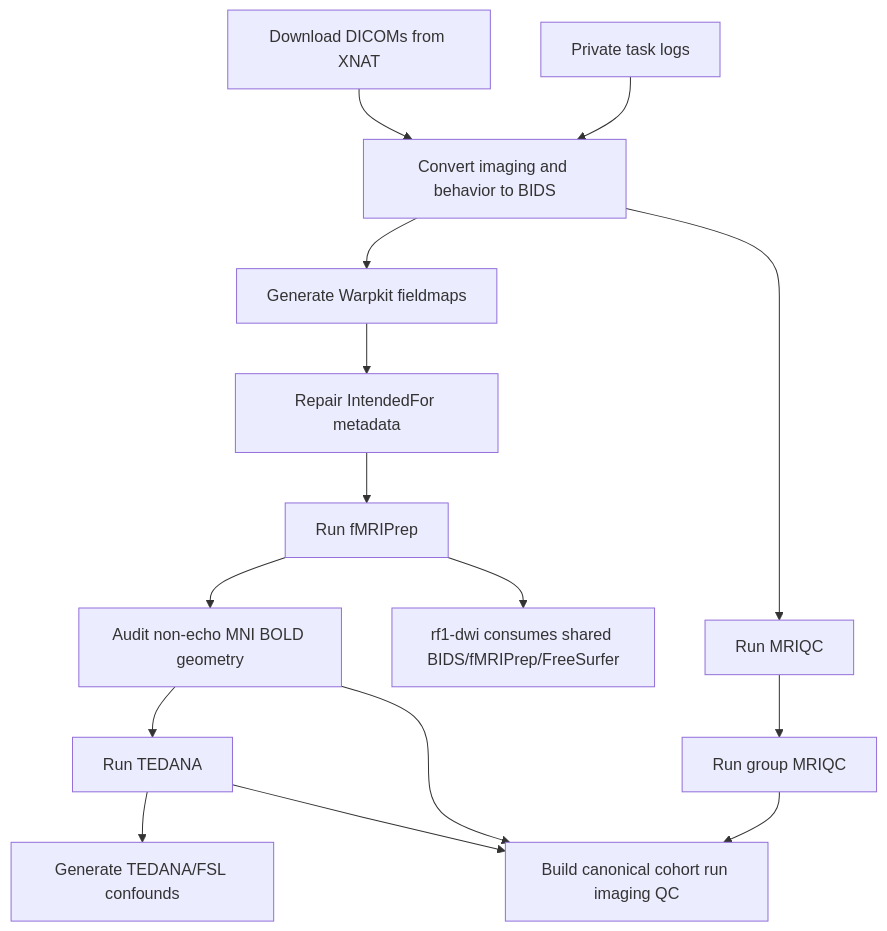
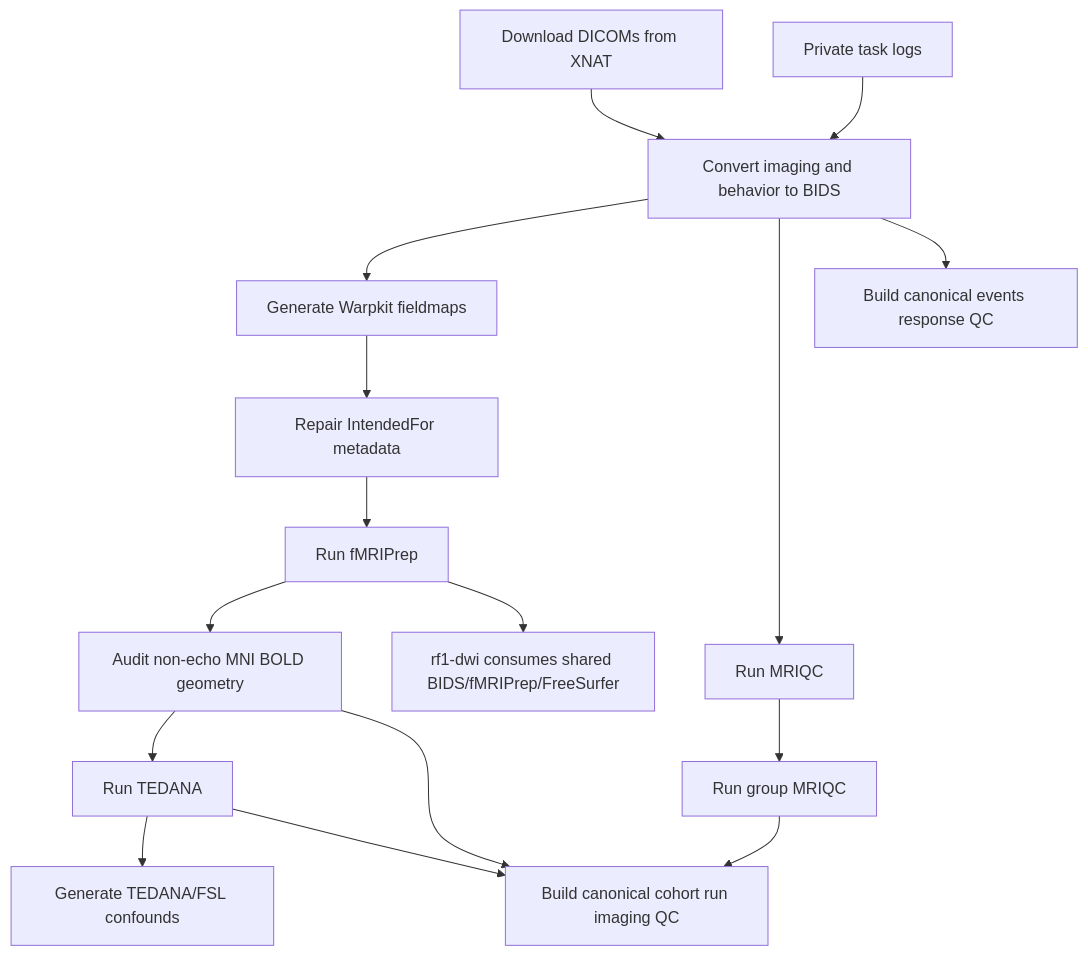
The diagram in README.md (DVS-Lab/rf1-sra-linux2), drawn with Mermaid before and after one commit. The commit also changed other lines of this file and 6 other files, not shown here.

Commit message:
Add dedicated events response QC

````diff
--- a/README.md
+++ b/README.md
@@ -90,17 +90,18 @@
 ```mermaid
 flowchart TD
   A["Download DICOMs from XNAT"] --> B["Convert imaging and behavior to BIDS"]
   K["Private task logs"] --> B
   B --> C["Generate Warpkit fieldmaps"]
   C --> D["Repair IntendedFor metadata"]
   D --> E["Run fMRIPrep"]
   E --> L["Audit non-echo MNI BOLD geometry"]
   L --> F["Run TEDANA"]
   F --> G["Generate TEDANA/FSL confounds"]
   B --> H["Run MRIQC"]
   H --> I["Run group MRIQC"]
   I --> M["Build canonical cohort run imaging QC"]
   L --> M
   F --> M
+  B --> N["Build canonical events response QC"]
   E --> J["rf1-dwi consumes shared BIDS/fMRIPrep/FreeSurfer"]
 ```
````
